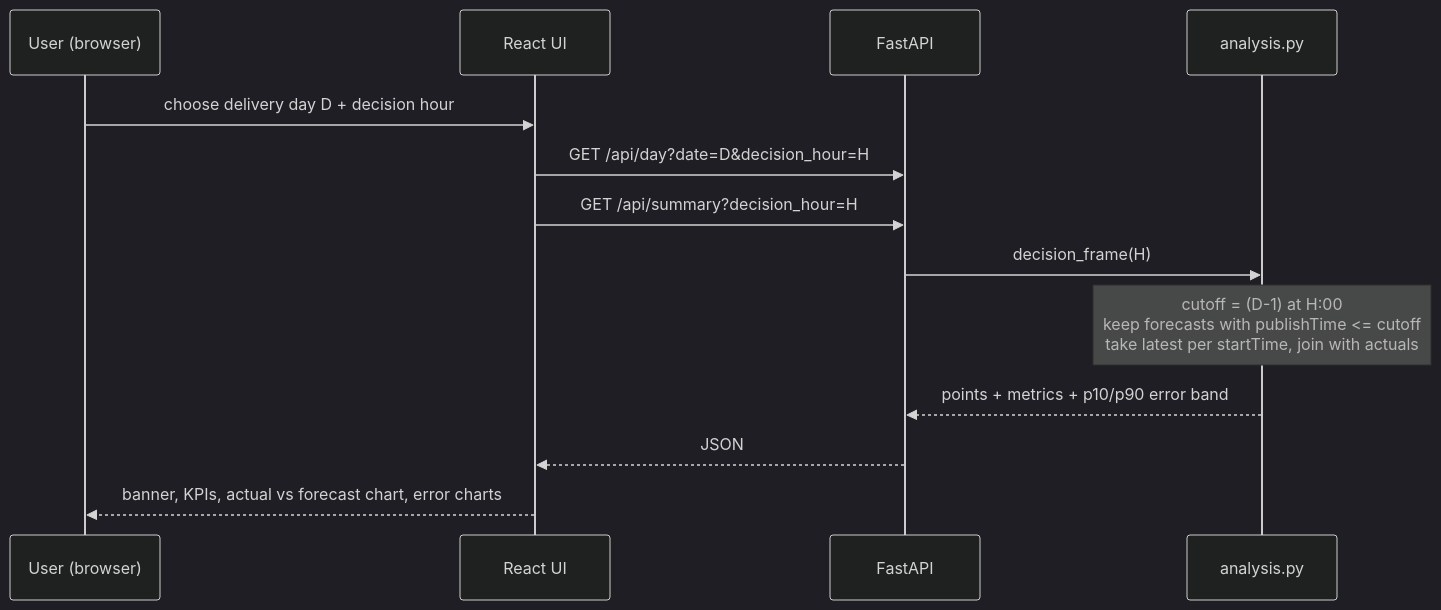
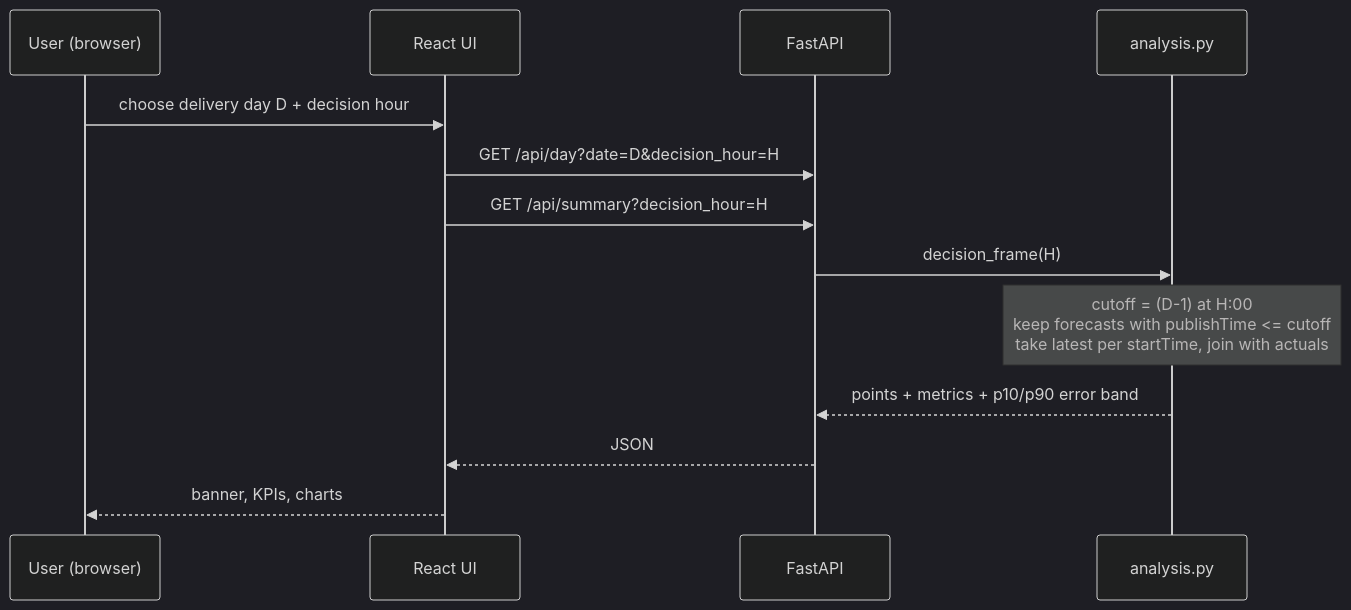
One commit to sourabhvamdevan/aero changed the second of 2 diagrams in README.md. Above: the diagram before and after it, drawn with Mermaid (dark theme). The commit also changed other lines of this file, not shown here.

````diff
--- a/README.md
+++ b/README.md
@@ -67,16 +73,16 @@
 ```mermaid
 sequenceDiagram
     participant U as User (browser)
     participant R as React UI
     participant F as FastAPI
     participant P as analysis.py
 
     U->>R: choose delivery day D + decision hour
     R->>F: GET /api/day?date=D&decision_hour=H
     R->>F: GET /api/summary?decision_hour=H
     F->>P: decision_frame(H)
     Note over P: cutoff = (D-1) at H:00<br/>keep forecasts with publishTime <= cutoff<br/>take latest per startTime, join with actuals
     P-->>F: points + metrics + p10/p90 error band
     F-->>R: JSON
-    R-->>U: banner, KPIs, actual vs forecast chart, error charts
+    R-->>U: banner, KPIs, charts
 ```
````
